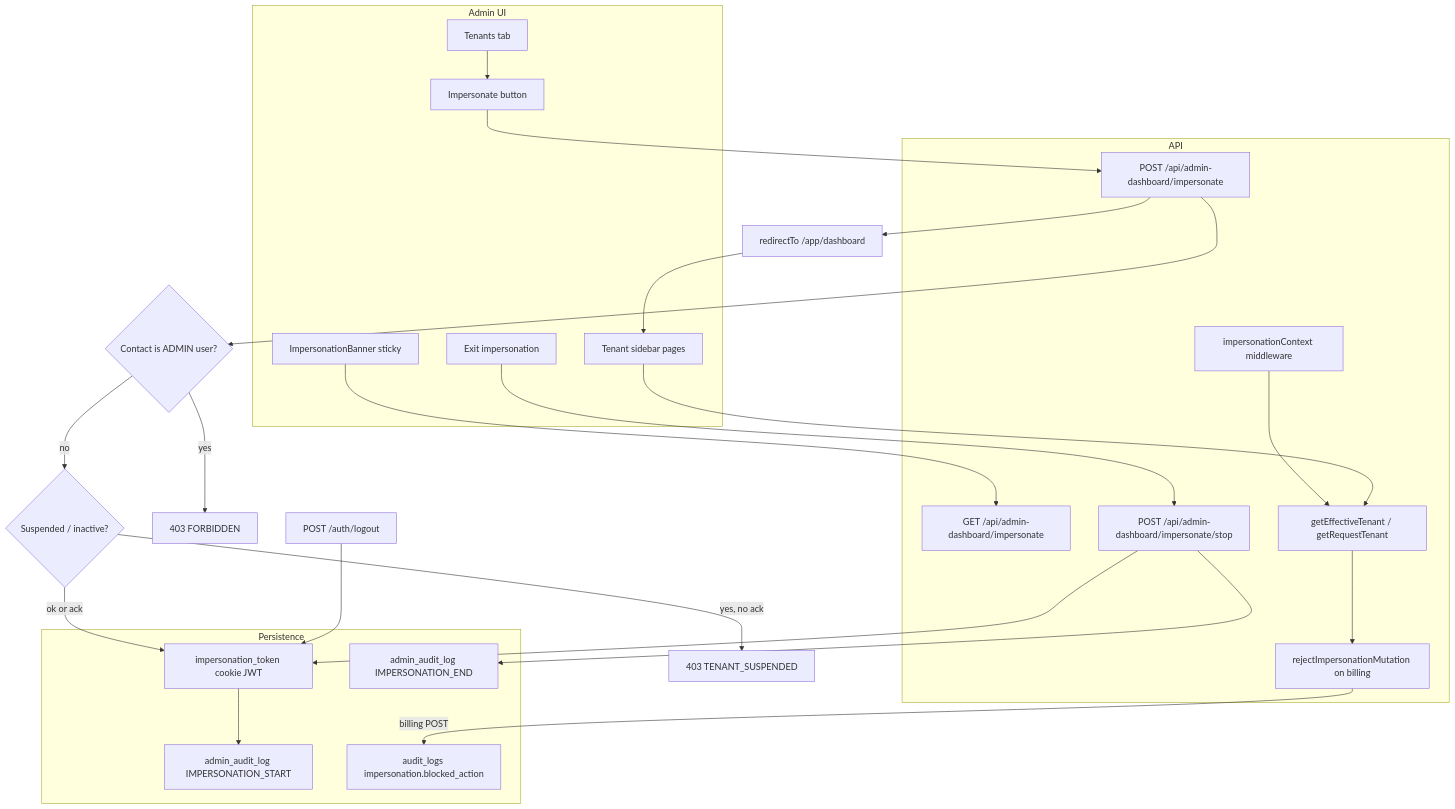
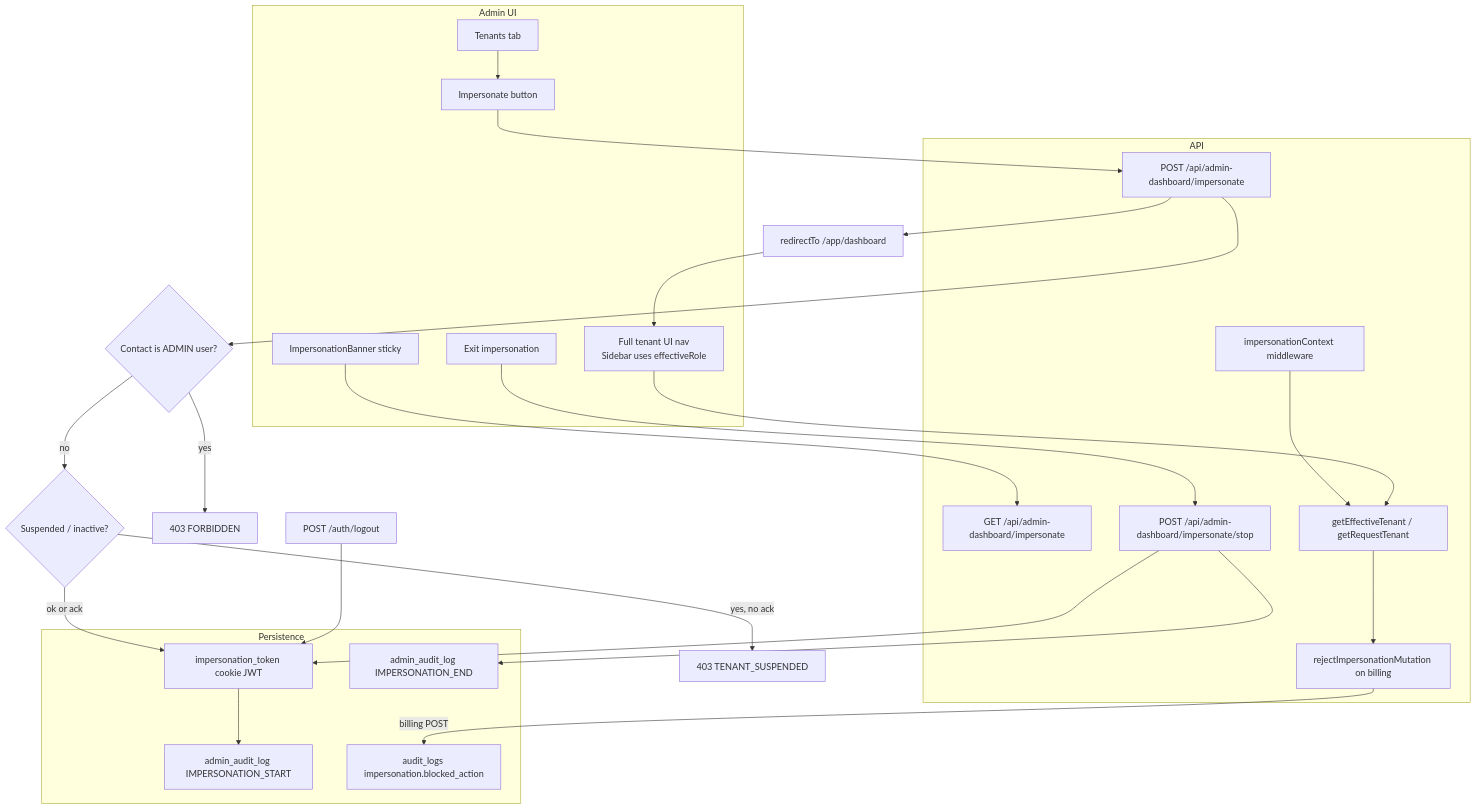
One commit to ghadimdallaldev/supplify_erp changed the diagram in docs/blueprint/workflows/admin_impersonation_flow.mmd. Above: the diagram before and after it, drawn with Mermaid. The commit also changed 68 other files, not shown here.

First line of the commit message:
feat(admin): searchable limits tab, deal boosts, and diagram catalog

```diff
--- a/docs/blueprint/workflows/admin_impersonation_flow.mmd
+++ b/docs/blueprint/workflows/admin_impersonation_flow.mmd
@@ -1,43 +1,43 @@
 flowchart TB
   subgraph AdminUI["Admin UI"]
     Tenants[Tenants tab]
     Btn[Impersonate button]
     Banner[ImpersonationBanner sticky]
     Exit[Exit impersonation]
     TenantNav[Tenant sidebar pages]
   end
 
   subgraph API["API"]
     Start[POST /api/admin-dashboard/impersonate]
     Status[GET /api/admin-dashboard/impersonate]
     Stop[POST /api/admin-dashboard/impersonate/stop]
     Ctx[impersonationContext middleware]
     Eff[getEffectiveTenant / getRequestTenant]
     Guard[rejectImpersonationMutation on billing]
   end
 
   subgraph Storage["Persistence"]
     Cookie[impersonation_token cookie JWT]
     AuditStart[admin_audit_log IMPERSONATION_START]
     AuditEnd[admin_audit_log IMPERSONATION_END]
     AuditBlock[audit_logs impersonation.blocked_action]
   end
 
   Tenants --> Btn --> Start
   Start --> CheckAdmin{Contact is ADMIN user?}
   CheckAdmin -->|yes| Deny403[403 FORBIDDEN]
   CheckAdmin -->|no| CheckSusp{Suspended / inactive?}
   CheckSusp -->|yes, no ack| DenySusp[403 TENANT_SUSPENDED]
   CheckSusp -->|ok or ack| Cookie
   Cookie --> AuditStart
   Start --> Redirect["redirectTo /app/dashboard"]
-  Redirect --> TenantNav
+  Redirect --> TenantNav[Full tenant UI nav\nSidebar uses effectiveRole]
   Ctx --> Eff
   TenantNav --> Eff
   Eff --> Guard
   Guard -->|billing POST| AuditBlock
   Banner --> Status
   Exit --> Stop
   Stop --> Cookie
   Stop --> AuditEnd
   Logout[POST /auth/logout] --> Cookie
```
